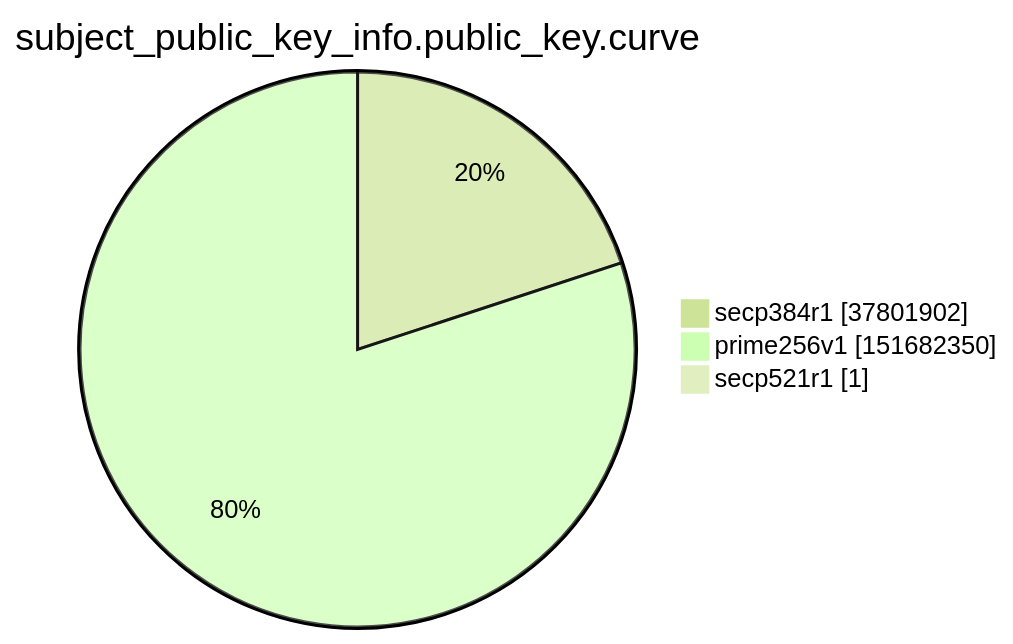
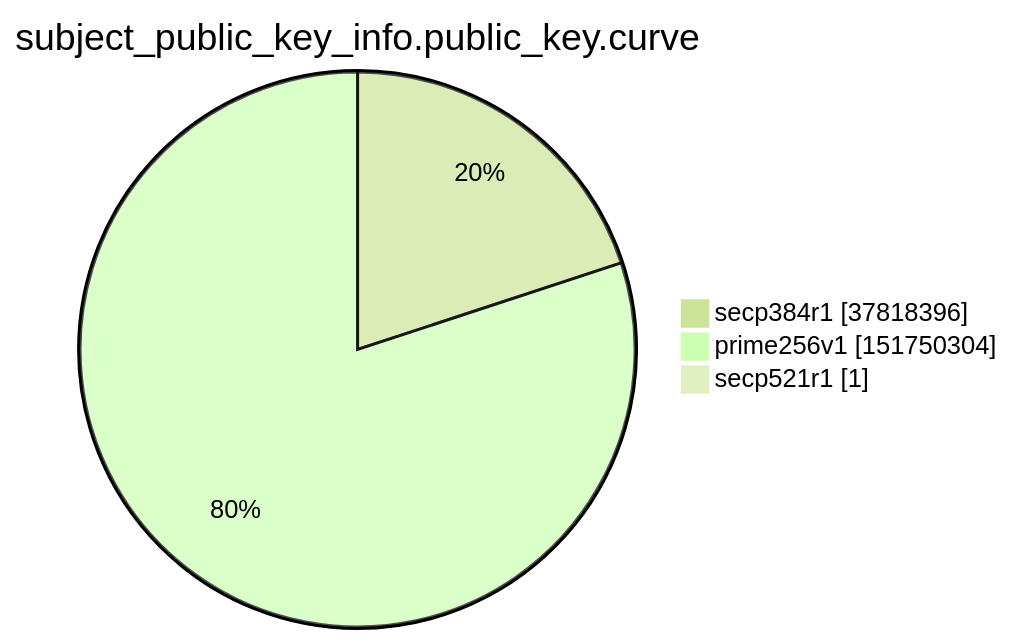
One commit to christiankrug/ctmonitor_visualization changed the ninth of 15 diagrams in xenon2022/README.md. Above: the diagram before and after it, drawn with Mermaid (forest theme). The commit also changed other lines of this file, not shown here.

````diff
--- a/xenon2022/README.md
+++ b/xenon2022/README.md
@@ -2860,7 +2860,7 @@
 ```mermaid
 pie showData
 title subject_public_key_info.public_key.curve
-"secp384r1" :37801902
-"prime256v1" :151682350
+"secp384r1" :37818396
+"prime256v1" :151750304
 "secp521r1" :1
 ```
````
